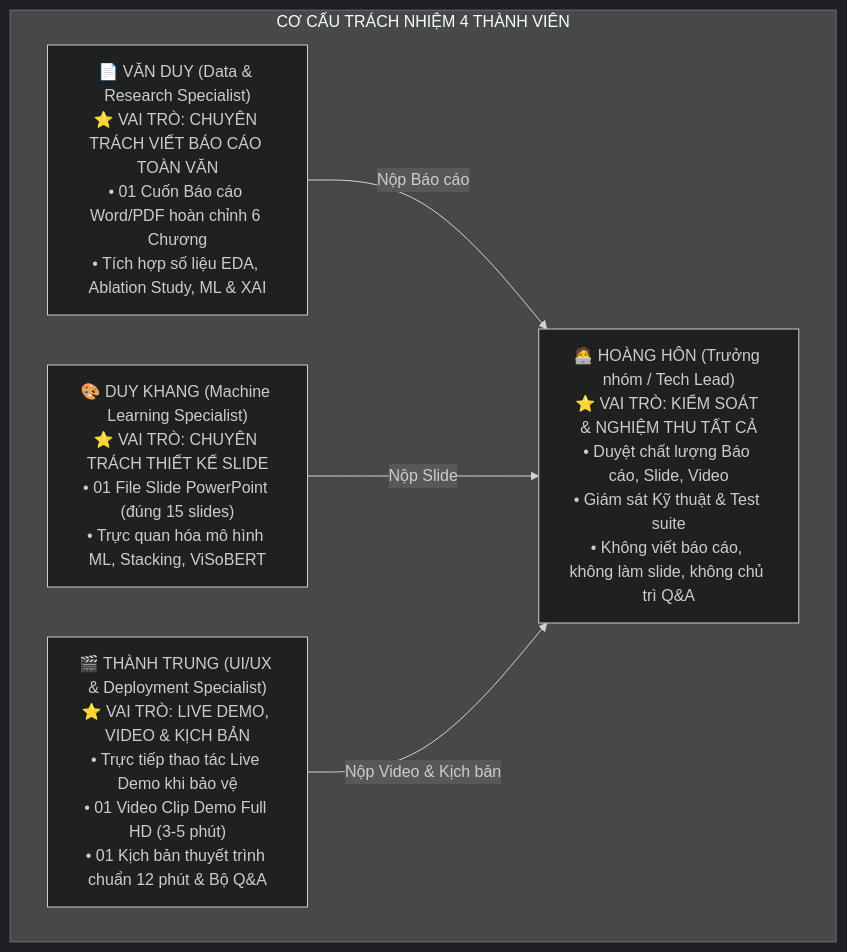
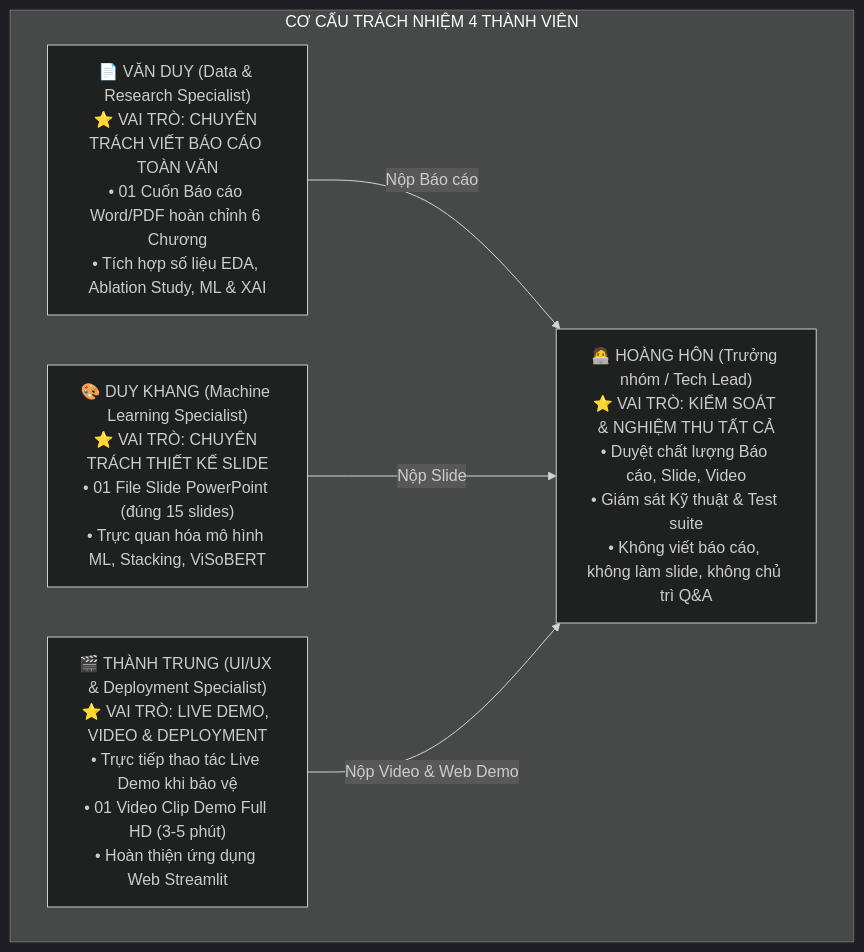
The diagram in reports/ke_hoach_hoan_thien_do_an.md (mrkiss-it/NLP-Sentiment-Analysis-ITviec), drawn with Mermaid (dark theme) before and after one commit. The commit also changed other lines of this file and 26 other files, not shown here.

````diff
--- a/reports/ke_hoach_hoan_thien_do_an.md
+++ b/reports/ke_hoach_hoan_thien_do_an.md
@@ -12,16 +12,16 @@
 ```mermaid
 flowchart TD
     subgraph TEAM ["CƠ CẤU TRÁCH NHIỆM 4 THÀNH VIÊN"]
         TV1["🧑‍💻 HOÀNG HÔN (Trưởng nhóm / Tech Lead)<br>⭐ VAI TRÒ: KIỂM SOÁT & NGHIỆM THU TẤT CẢ<br>• Duyệt chất lượng Báo cáo, Slide, Video<br>• Giám sát Kỹ thuật & Test suite<br>• Không viết báo cáo, không làm slide, không chủ trì Q&A"]
         
         TV2["📄 VĂN DUY (Data & Research Specialist)<br>⭐ VAI TRÒ: CHUYÊN TRÁCH VIẾT BÁO CÁO TOÀN VĂN<br>• 01 Cuốn Báo cáo Word/PDF hoàn chỉnh 6 Chương<br>• Tích hợp số liệu EDA, Ablation Study, ML & XAI"]
         
         TV3["🎨 DUY KHANG (Machine Learning Specialist)<br>⭐ VAI TRÒ: CHUYÊN TRÁCH THIẾT KẾ SLIDE<br>• 01 File Slide PowerPoint (đúng 15 slides)<br>• Trực quan hóa mô hình ML, Stacking, ViSoBERT"]
         
-        TV4["🎬 THÀNH TRUNG (UI/UX & Deployment Specialist)<br>⭐ VAI TRÒ: LIVE DEMO, VIDEO & KỊCH BẢN<br>• Trực tiếp thao tác Live Demo khi bảo vệ<br>• 01 Video Clip Demo Full HD (3-5 phút)<br>• 01 Kịch bản thuyết trình chuẩn 12 phút & Bộ Q&A"]
+        TV4["🎬 THÀNH TRUNG (UI/UX & Deployment Specialist)<br>⭐ VAI TRÒ: LIVE DEMO, VIDEO & DEPLOYMENT<br>• Trực tiếp thao tác Live Demo khi bảo vệ<br>• 01 Video Clip Demo Full HD (3-5 phút)<br>• Hoàn thiện ứng dụng Web Streamlit"]
     end
     
     TV2 -->|Nộp Báo cáo| TV1
     TV3 -->|Nộp Slide| TV1
-    TV4 -->|Nộp Video & Kịch bản| TV1
+    TV4 -->|Nộp Video & Web Demo| TV1
 ```
````
